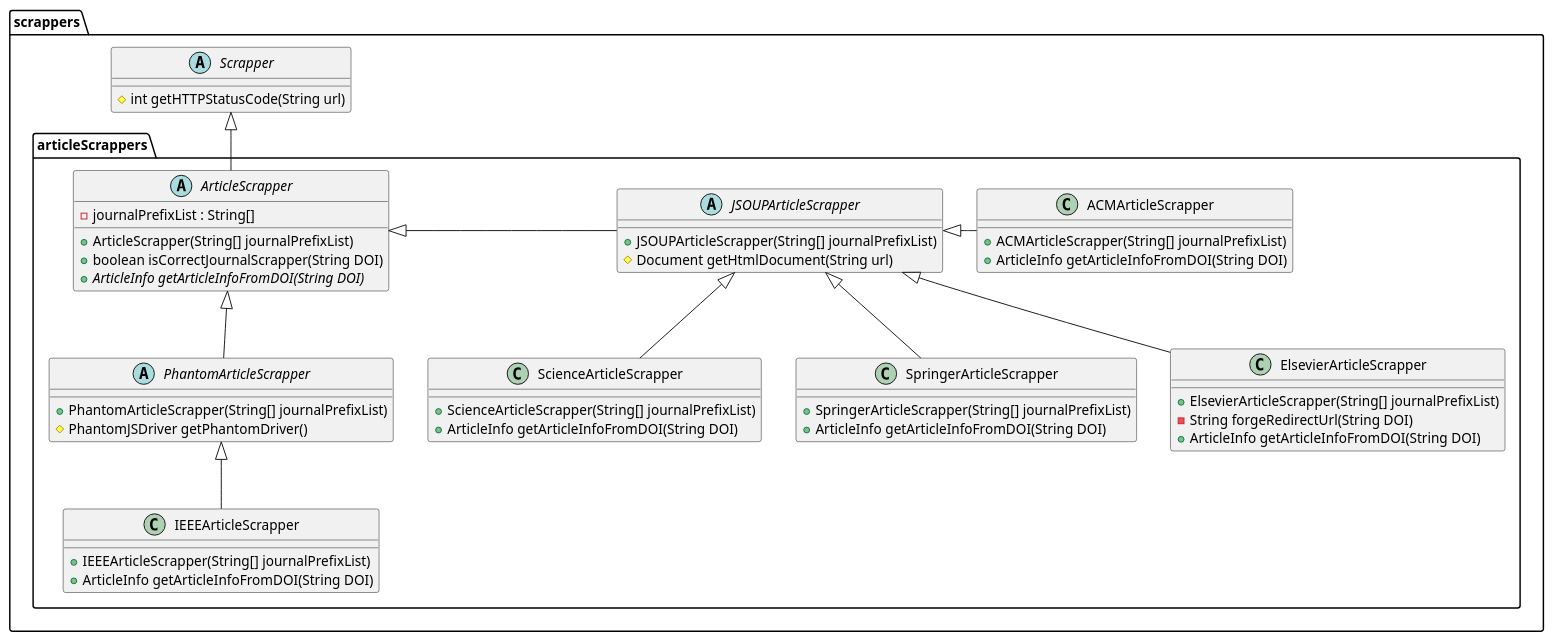
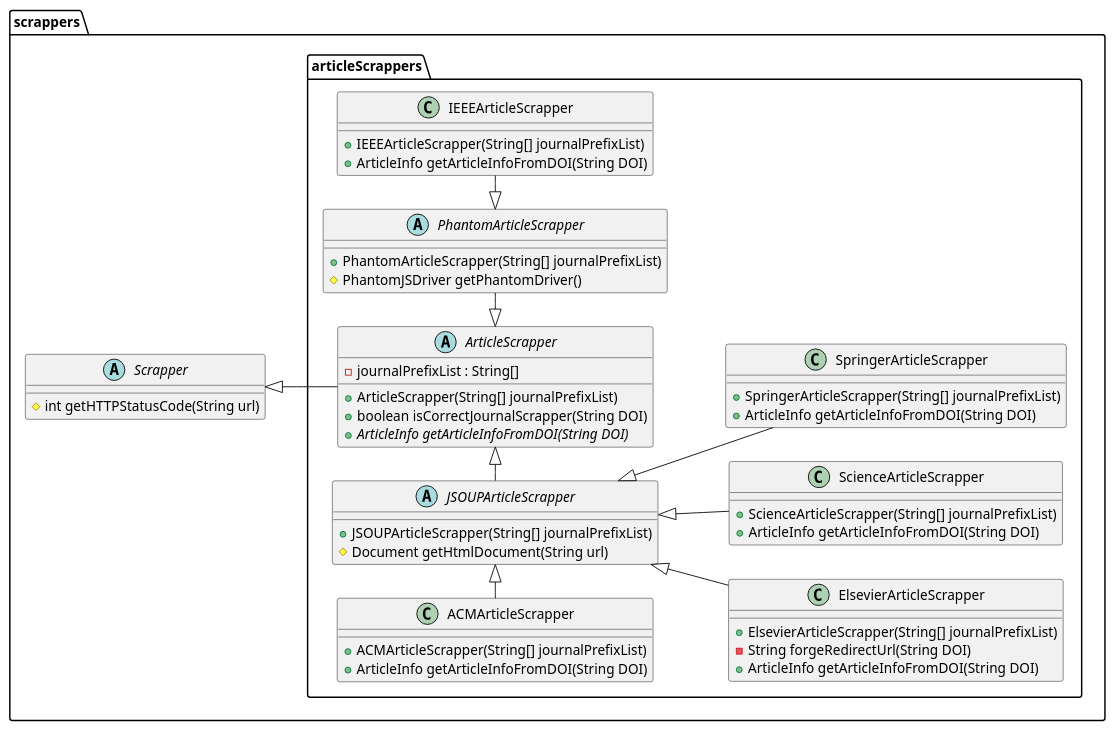
Before and after one commit to Dimonra13/MyDOIInfo: the diagram in Documentation/ArticleScrappers.puml, drawn with PlantUML. The commit also changed 4 other files, not shown here.

Commit message:
Documentation diagrams updated

```diff
--- a/Documentation/ArticleScrappers.puml
+++ b/Documentation/ArticleScrappers.puml
@@ -1,62 +1,64 @@
 @startuml
 'https://plantuml.com/class-diagram
+left to right direction
+
 package scrappers {
 
 abstract class Scrapper {
     # int getHTTPStatusCode(String url)
 }
 
 package articleScrappers {
 
     abstract class ArticleScrapper {
         - journalPrefixList : String[]
         + ArticleScrapper(String[] journalPrefixList)
         + boolean isCorrectJournalScrapper(String DOI)
         + {abstract} ArticleInfo getArticleInfoFromDOI(String DOI)
     }
 
     abstract class JSOUPArticleScrapper {
         + JSOUPArticleScrapper(String[] journalPrefixList)
         # Document getHtmlDocument(String url)
     }
     class ACMArticleScrapper {
         + ACMArticleScrapper(String[] journalPrefixList)
         + ArticleInfo getArticleInfoFromDOI(String DOI)
     }
     class ElsevierArticleScrapper {
         + ElsevierArticleScrapper(String[] journalPrefixList)
         - String forgeRedirectUrl(String DOI)
         + ArticleInfo getArticleInfoFromDOI(String DOI)
     }
     class ScienceArticleScrapper {
         + ScienceArticleScrapper(String[] journalPrefixList)
         + ArticleInfo getArticleInfoFromDOI(String DOI)
     }
     class SpringerArticleScrapper {
         + SpringerArticleScrapper(String[] journalPrefixList)
         + ArticleInfo getArticleInfoFromDOI(String DOI)
     }
 
     abstract class PhantomArticleScrapper {
         + PhantomArticleScrapper(String[] journalPrefixList)
         # PhantomJSDriver getPhantomDriver()
     }
     class IEEEArticleScrapper {
          + IEEEArticleScrapper(String[] journalPrefixList)
          + ArticleInfo getArticleInfoFromDOI(String DOI)
     }
 
-    ArticleScrapper <|- JSOUPArticleScrapper
-    JSOUPArticleScrapper <|- ACMArticleScrapper
+    ArticleScrapper <|-left- JSOUPArticleScrapper
+    JSOUPArticleScrapper <|-left- ACMArticleScrapper
     JSOUPArticleScrapper <|-- ElsevierArticleScrapper
     JSOUPArticleScrapper <|-- ScienceArticleScrapper
     JSOUPArticleScrapper <|-- SpringerArticleScrapper
-    ArticleScrapper <|-- PhantomArticleScrapper
-    PhantomArticleScrapper <|-- IEEEArticleScrapper
+    ArticleScrapper <|-right- PhantomArticleScrapper
+    PhantomArticleScrapper <|-right- IEEEArticleScrapper
 }
 
 Scrapper <|-- ArticleScrapper
 
 }
 
 @enduml
```
